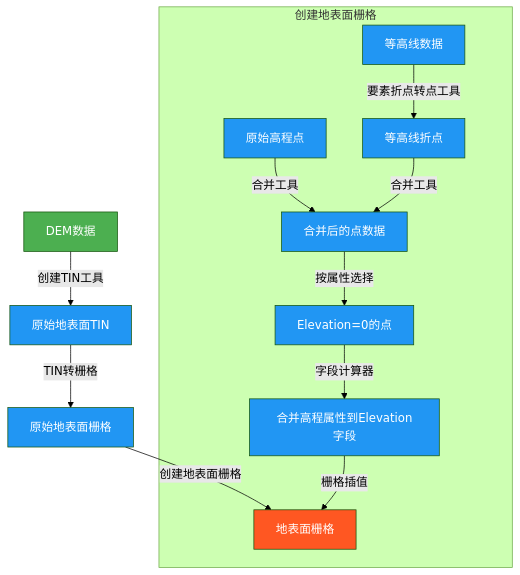
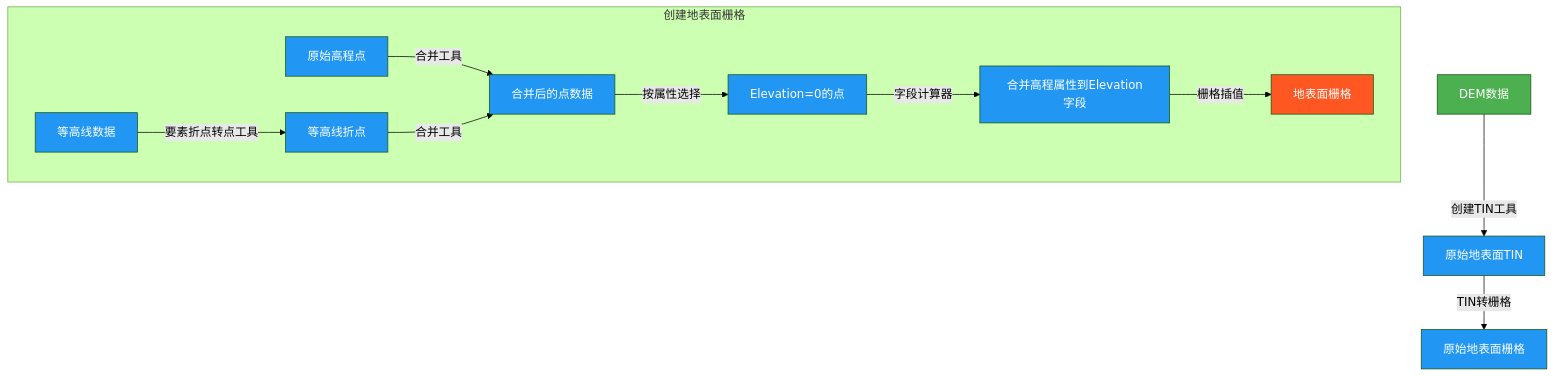
Before and after one commit to newguser/iodraw-files: the diagram in all/未命名.md, drawn with Mermaid (forest theme).

Commit message:
2025-02-27 21:34:15 update

````diff
--- a/all/未命名.md
+++ b/all/未命名.md
@@ -1,20 +1,20 @@
 ```mermaid
 graph TD
     A[DEM数据] -->|创建TIN工具| B[原始地表面TIN]
     B -->|TIN转栅格| C[原始地表面栅格]
-    C -->|创建地表面栅格| D[地表面栅格]
+    
 
     subgraph 创建地表面栅格
         D1[等高线数据] -->|要素折点转点工具| D2[等高线折点]
         D3[原始高程点] -->|合并工具| D4[合并后的点数据]
         D2 -->|合并工具| D4
         D4 -->|按属性选择| D5[Elevation=0的点]
         D5 -->|字段计算器| D6[合并高程属性到Elevation字段]
         D6 -->|栅格插值| D[地表面栅格]
     end
 
     style A fill:#4CAF50,color:white
     style D fill:#FF5722,color:white
     classDef process fill:#2196F3,color:white;
     class B,C,D1,D2,D3,D4,D5,D6 process
 ```
````
